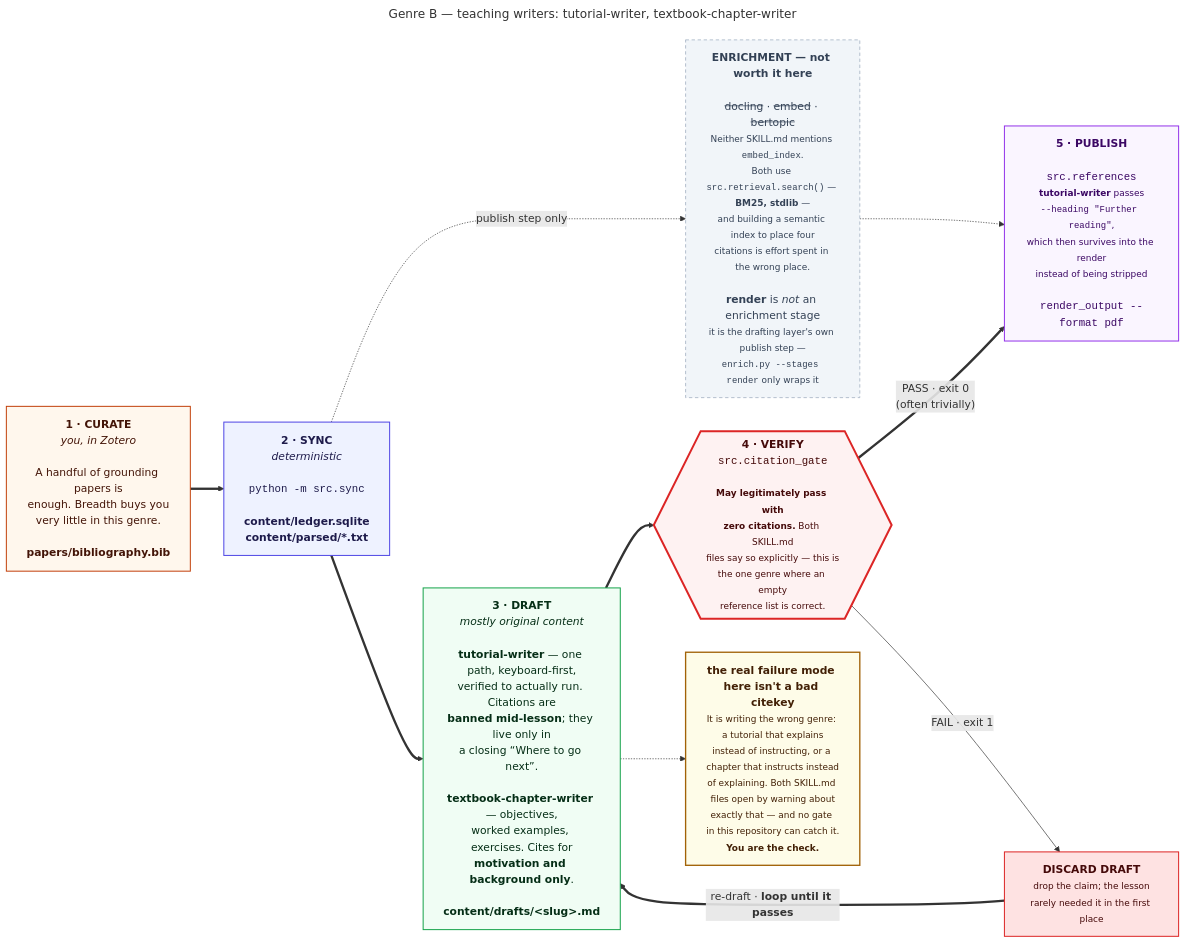
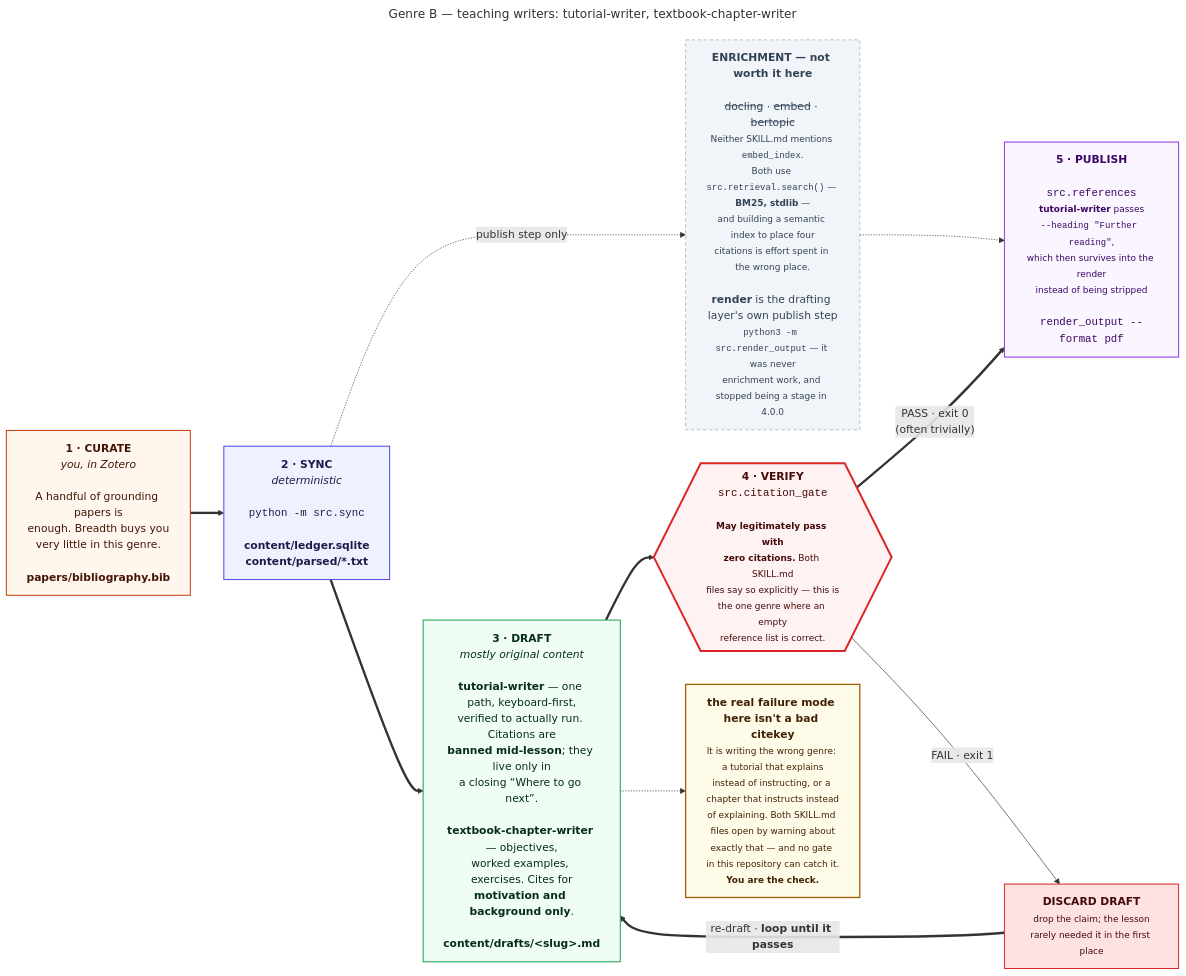
Before and after one commit to prasadtalasila/chitragupta: the diagram in docs/diagrams/g2-teaching.mmd, drawn with Mermaid. The commit also changed 55 other files, not shown here.

First line of the commit message:
Give the review aids a layer, a shared per-draft output contract, and two new reports (#125)

```diff
--- a/docs/diagrams/g2-teaching.mmd
+++ b/docs/diagrams/g2-teaching.mmd
@@ -1,46 +1,46 @@
 ---
 title: "Genre B — teaching writers: tutorial-writer, textbook-chapter-writer"
 ---
 flowchart LR
 
   P0["<b>1 · CURATE</b><br/><i>you, in Zotero</i><br/><br/>A handful of grounding papers is<br/>enough. Breadth buys you<br/>very little in this genre.<br/><br/><b>papers/bibliography.bib</b>"]
 
   P1["<b>2 · SYNC</b><br/><i>deterministic</i><br/><br/><code>python -m src.sync</code><br/><br/><b>content/ledger.sqlite</b><br/><b>content/parsed/*.txt</b>"]
 
-  HEAVY["<b>ENRICHMENT — not worth it here</b><br/><br/><s>docling</s> · <s>embed</s> · <s>bertopic</s><br/><small>Neither SKILL.md mentions <code>embed_index</code>.<br/>Both use <code>src.retrieval.search()</code> — <b>BM25, stdlib</b> —<br/>and building a semantic index to place four<br/>citations is effort spent in the wrong place.</small><br/><br/><b>render</b> is <i>not</i> an enrichment stage<br/><small>it is the drafting layer's own publish step —<br/><code>enrich.py --stages render</code> only wraps it</small>"]
+  HEAVY["<b>ENRICHMENT — not worth it here</b><br/><br/><s>docling</s> · <s>embed</s> · <s>bertopic</s><br/><small>Neither SKILL.md mentions <code>embed_index</code>.<br/>Both use <code>src.retrieval.search()</code> — <b>BM25, stdlib</b> —<br/>and building a semantic index to place four<br/>citations is effort spent in the wrong place.</small><br/><br/><b>render</b> is the drafting layer's own publish step<br/><small><code>python3 -m src.render_output</code> — it was never<br/>enrichment work, and stopped being a stage in 4.0.0</small>"]
 
   P2["<b>3 · DRAFT</b><br/><i>mostly original content</i><br/><br/><b>tutorial-writer</b> — one path, keyboard-first,<br/>verified to actually run. Citations are<br/><b>banned mid-lesson</b>; they live only in<br/>a closing “Where to go next”.<br/><br/><b>textbook-chapter-writer</b> — objectives,<br/>worked examples, exercises. Cites for<br/><b>motivation and background only</b>.<br/><br/><b>content/drafts/&lt;slug&gt;.md</b>"]
 
   P3{{"<b>4 · VERIFY</b><br/><code>src.citation_gate</code><br/><br/><small><b>May legitimately pass with<br/>zero citations.</b> Both SKILL.md<br/>files say so explicitly — this is<br/>the one genre where an empty<br/>reference list is correct.</small>"}}
 
   FIX["<b>DISCARD DRAFT</b><br/><small>drop the claim; the lesson<br/>rarely needed it in the first place</small>"]
 
   P4["<b>5 · PUBLISH</b><br/><br/><code>src.references</code><br/><small><b>tutorial-writer</b> passes<br/><code>--heading &quot;Further reading&quot;</code>,<br/>which then survives into the render<br/>instead of being stripped</small><br/><br/><code>render_output --format pdf</code>"]
 
   RISK["<b>the real failure mode here isn't a bad citekey</b><br/><small>It is writing the wrong genre: a tutorial that explains<br/>instead of instructing, or a chapter that instructs instead<br/>of explaining. Both SKILL.md files open by warning about<br/>exactly that — and no gate in this repository can catch it.<br/><b>You are the check.</b></small>"]
 
   P0 ==> P1 ==> P2 ==> P3
   P1 -. "publish step only" .-> HEAVY
   HEAVY -.-> P4
   P3 == "PASS · exit 0<br/>(often trivially)" ==> P4
   P3 -- "FAIL · exit 1" --> FIX
   FIX == "re-draft · <b>loop until it passes</b>" ==> P2
   P2 -.-> RISK
 
   classDef you fill:#fff7ed,stroke:#c2410c,stroke-width:1.5px,color:#431407
   classDef det fill:#eef2ff,stroke:#4f46e5,stroke-width:1.5px,color:#1e1b4b
   classDef gen fill:#f0fdf4,stroke:#16a34a,stroke-width:1.5px,color:#052e16
   classDef gate fill:#fef2f2,stroke:#dc2626,stroke-width:3px,color:#450a0a
   classDef out fill:#faf5ff,stroke:#9333ea,stroke-width:1.5px,color:#3b0764
   classDef bad fill:#fee2e2,stroke:#dc2626,stroke-width:1.5px,color:#450a0a
   classDef off fill:#f1f5f9,stroke:#94a3b8,stroke-dasharray:5 4,color:#334155
   classDef risk fill:#fefce8,stroke:#a16207,stroke-width:2px,color:#422006
 
   class P0 you
   class P1 det
   class P2 gen
   class P3 gate
   class P4 out
   class FIX bad
   class HEAVY off
   class RISK risk
```
